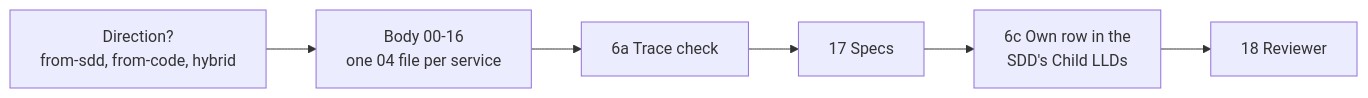
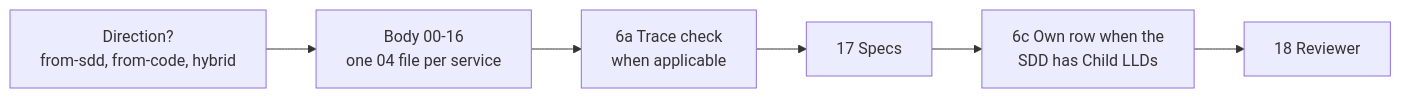
The sixth of 6 diagrams in README.md (mhshahin01/builders-skills), drawn with Mermaid before and after one commit. The commit also changed other lines of this file and 3 other files, not shown here.

````diff
--- a/README.md
+++ b/README.md
@@ -408,4 +416,4 @@
 ```mermaid
 flowchart LR
-    q["Direction?<br/>from-sdd, from-code, hybrid"] --> body["Body 00-16<br/>one 04 file per service"] --> tr["6a Trace check"] --> sp["17 Specs"] --> reg["6c Own row in the<br/>SDD's Child LLDs"] --> r["18 Reviewer"]
+    q["Direction?<br/>from-sdd, from-code, hybrid"] --> body["Body 00-16<br/>one 04 file per service"] --> tr["6a Trace check<br/>when applicable"] --> sp["17 Specs"] --> reg["6c Own row when the<br/>SDD has Child LLDs"] --> r["18 Reviewer"]
 ```
````
